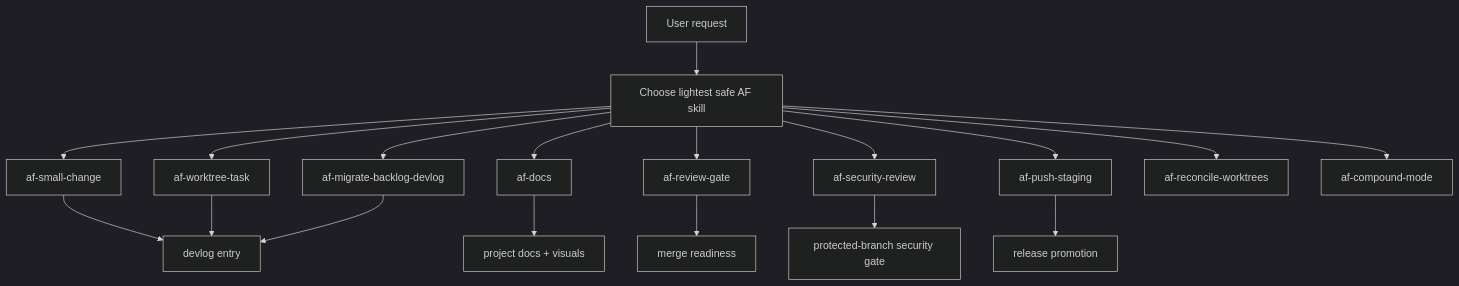
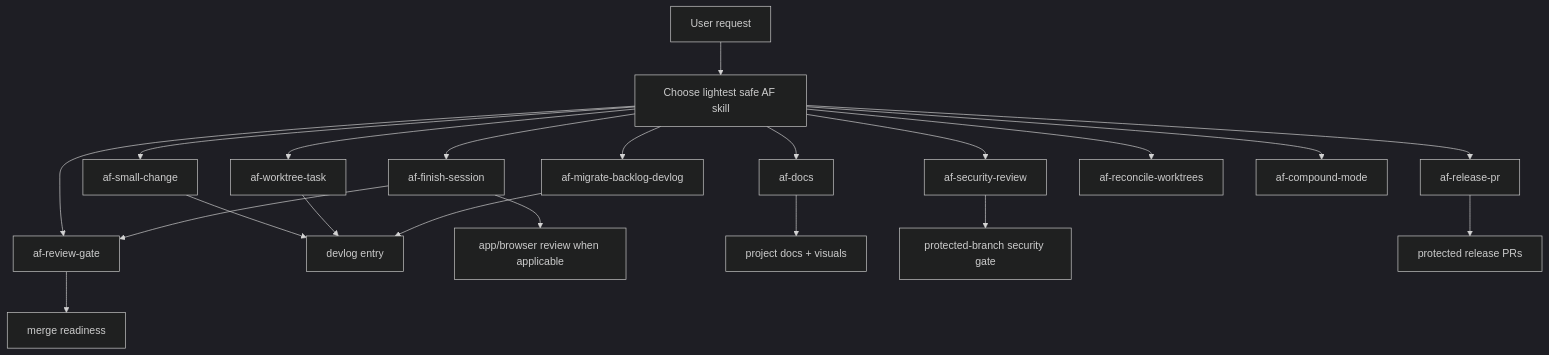
Before and after one commit to miketaheny/codex-setup: the fourth of 6 diagrams in docs/ARCHITECTURE.md, drawn with Mermaid (dark theme). The commit also changed other lines of this file and 27 other files, not shown here.

````diff
--- a/docs/ARCHITECTURE.md
+++ b/docs/ARCHITECTURE.md
@@ -86,21 +86,24 @@
 ```mermaid
 flowchart TD
     Request["User request"] --> Choose["Choose lightest safe AF skill"]
     Choose --> Small["af-small-change"]
     Choose --> Worktree["af-worktree-task"]
+    Choose --> Finish["af-finish-session"]
     Choose --> Docs["af-docs"]
     Choose --> Migration["af-migrate-backlog-devlog"]
     Choose --> Review["af-review-gate"]
     Choose --> Security["af-security-review"]
-    Choose --> Staging["af-push-staging"]
+    Choose --> Release["af-release-pr"]
     Choose --> Reconcile["af-reconcile-worktrees"]
     Choose --> Compound["af-compound-mode"]
 
     Small --> Devlog["devlog entry"]
     Worktree --> Devlog
+    Finish --> BrowserQA["app/browser review when applicable"]
+    Finish --> Review
     Docs --> ProjectDocs["project docs + visuals"]
     Migration --> Devlog
     Review --> MergeDecision["merge readiness"]
     Security --> ProtectedReview["protected-branch security gate"]
-    Staging --> Protected["release promotion"]
+    Release --> Protected["protected release PRs"]
 ```
````
